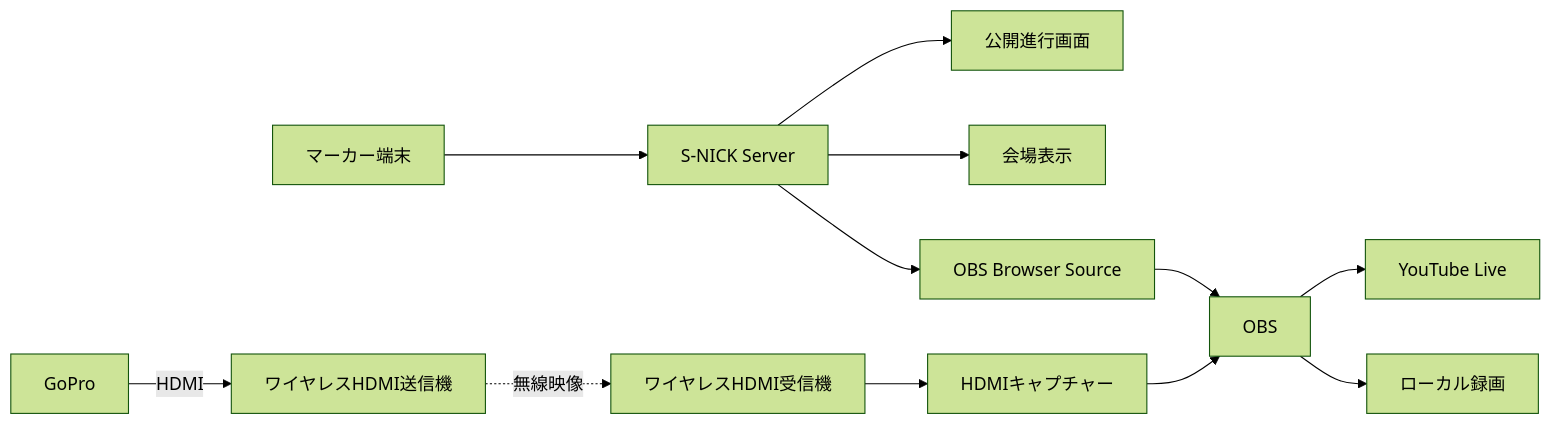
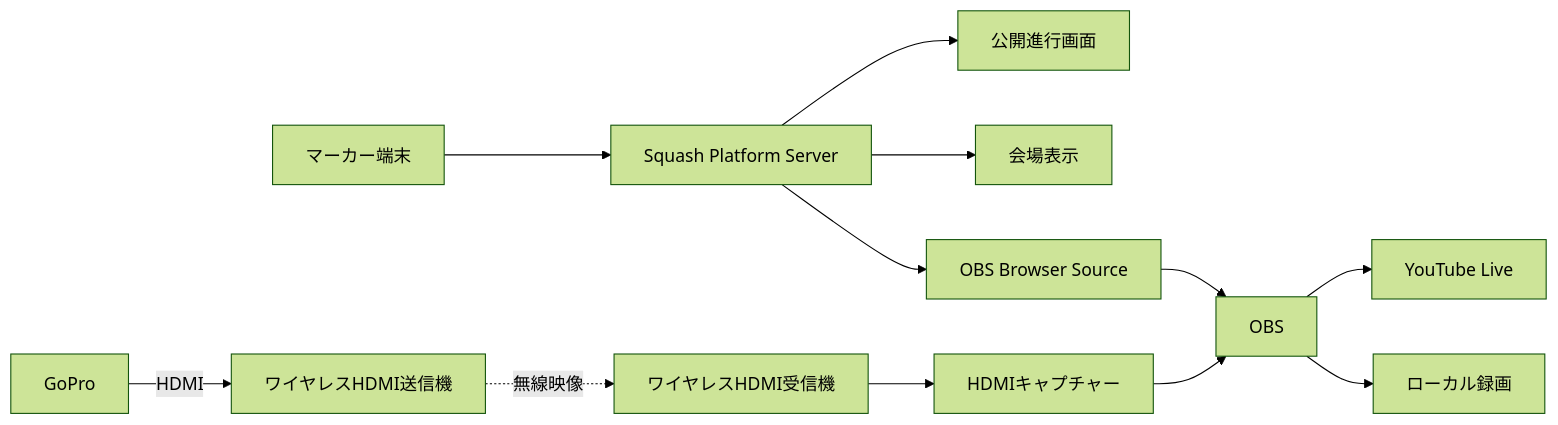
The diagram in docs/04_live-streaming.md (Miraisosha/S-NICK-Platform), drawn with Mermaid (forest theme) before and after one commit. The commit also changed other lines of this file and 30 other files, not shown here.

````diff
--- a/docs/04_live-streaming.md
+++ b/docs/04_live-streaming.md
@@ -31,14 +31,14 @@
 ```mermaid
 flowchart LR
-    Marker["マーカー端末"] --> SNICK["S-NICK Server"]
-    SNICK --> Public["公開進行画面"]
-    SNICK --> Display["会場表示"]
-    SNICK --> Overlay["OBS Browser Source"]
+    Marker["マーカー端末"] --> Platform["Squash Platform Server"]
+    Platform --> Public["公開進行画面"]
+    Platform --> Display["会場表示"]
+    Platform --> Overlay["OBS Browser Source"]
     GoPro["GoPro"] -->|HDMI| TX["ワイヤレスHDMI送信機"]
     TX -. 無線映像 .-> RX["ワイヤレスHDMI受信機"]
     RX --> Capture["HDMIキャプチャー"]
     Capture --> OBS["OBS"]
     Overlay --> OBS
     OBS --> YouTube["YouTube Live"]
     OBS --> Recording["ローカル録画"]
 ```
````
